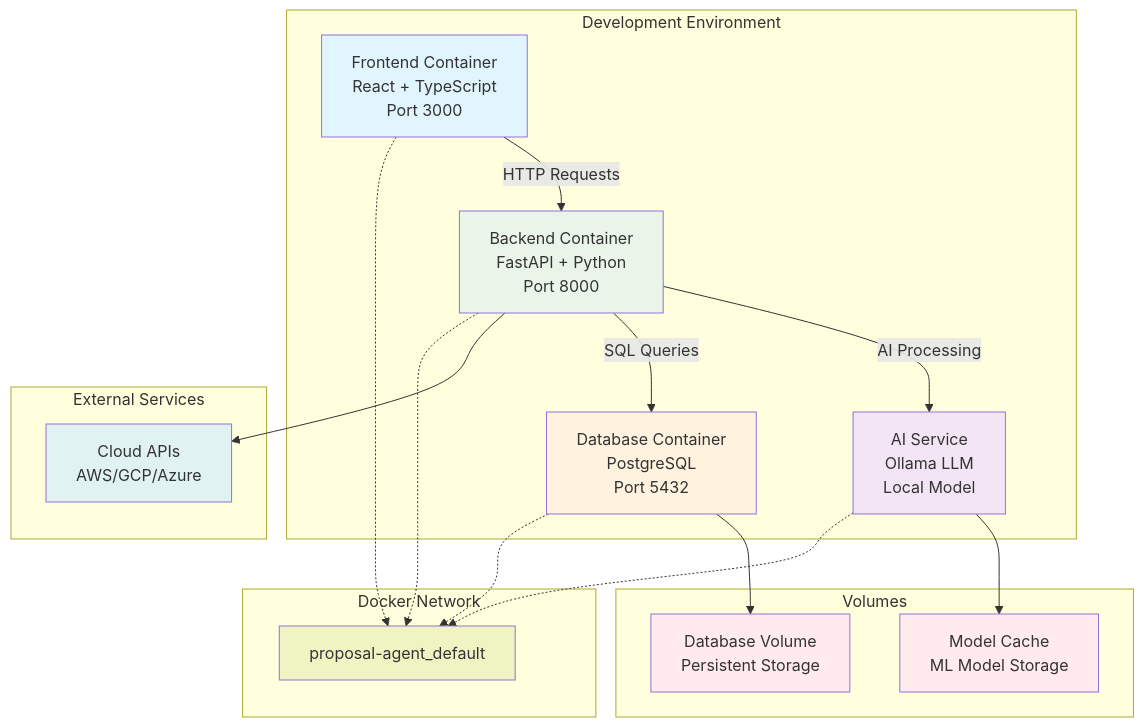
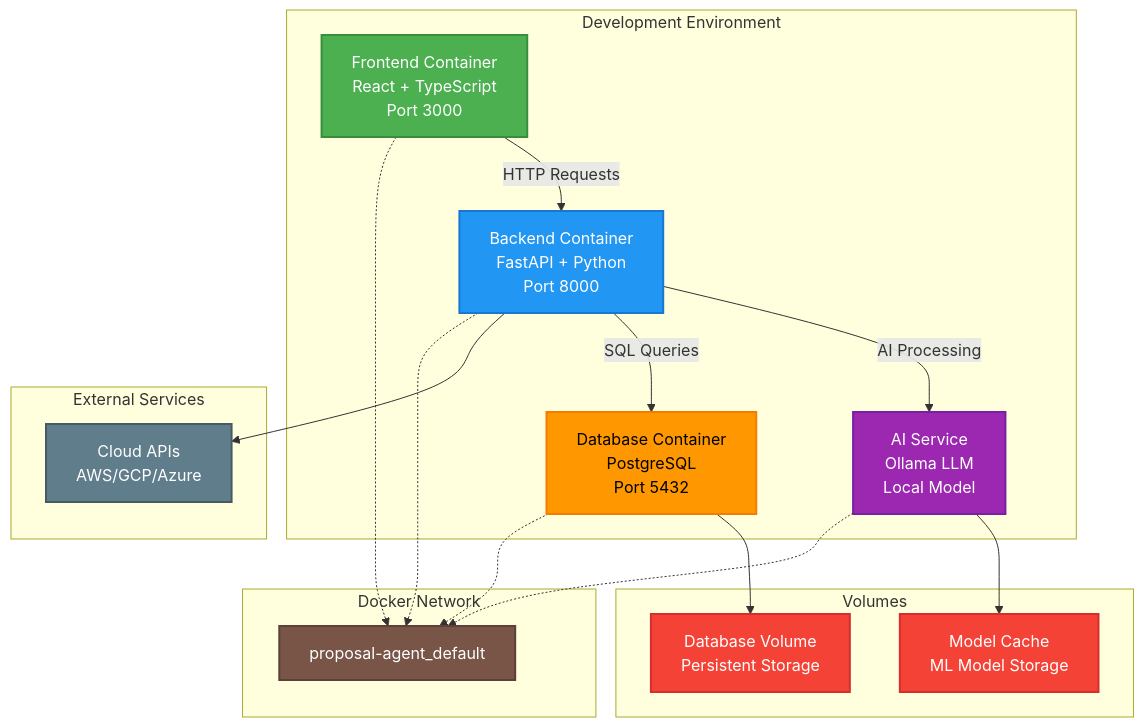
The sixth of 7 diagrams in README.md (yashshah-dev/cloud-cost-optimizer), drawn with Mermaid before and after one commit. The commit also changed other lines of this file, not shown here.

First line of the commit message:
Fix Mermaid diagram colors for better text visibility

````diff
--- a/README.md
+++ b/README.md
@@ -236,44 +236,44 @@
 ```mermaid
 graph TB
     subgraph "Development Environment"
         A[Frontend Container<br/>React + TypeScript<br/>Port 3000]
         B[Backend Container<br/>FastAPI + Python<br/>Port 8000]
         C[Database Container<br/>PostgreSQL<br/>Port 5432]
         D[AI Service<br/>Ollama LLM<br/>Local Model]
     end
     
     subgraph "Docker Network"
         E[proposal-agent_default]
     end
     
     subgraph "Volumes"
         F[Database Volume<br/>Persistent Storage]
         G[Model Cache<br/>ML Model Storage]
     end
     
     subgraph "External Services"
         H[Cloud APIs<br/>AWS/GCP/Azure]
     end
     
     A -.-> E
     B -.-> E
     C -.-> E
     D -.-> E
     
     B --> H
     C --> F
     D --> G
     
     A -->|HTTP Requests| B
     B -->|SQL Queries| C
     B -->|AI Processing| D
     
-    style A fill:#e1f5fe
-    style B fill:#e8f5e8
-    style C fill:#fff3e0
-    style D fill:#f3e5f5
-    style E fill:#f0f4c3
-    style F fill:#ffebee
-    style G fill:#ffebee
-    style H fill:#e0f2f1
+    style A fill:#4CAF50,stroke:#388E3C,stroke-width:2px,color:#FFF
+    style B fill:#2196F3,stroke:#1976D2,stroke-width:2px,color:#FFF
+    style C fill:#FF9800,stroke:#F57C00,stroke-width:2px,color:#000
+    style D fill:#9C27B0,stroke:#7B1FA2,stroke-width:2px,color:#FFF
+    style E fill:#795548,stroke:#5D4037,stroke-width:2px,color:#FFF
+    style F fill:#F44336,stroke:#D32F2F,stroke-width:2px,color:#FFF
+    style G fill:#F44336,stroke:#D32F2F,stroke-width:2px,color:#FFF
+    style H fill:#607D8B,stroke:#455A64,stroke-width:2px,color:#FFF
 ```
````
